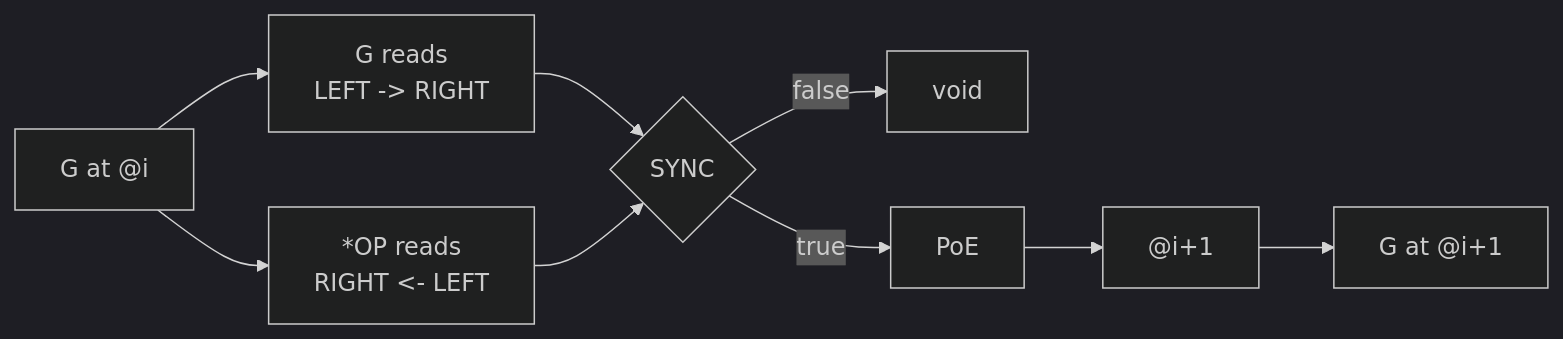
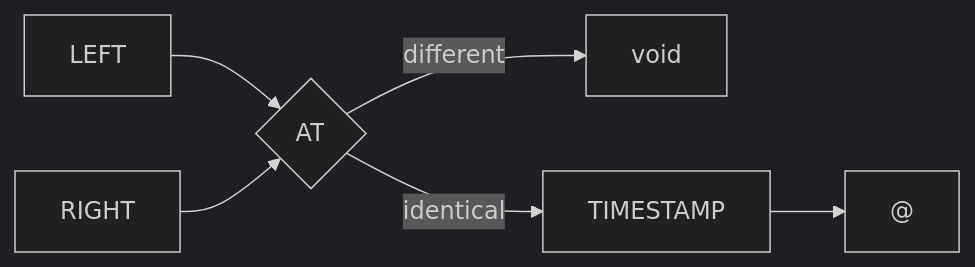
Before and after one commit to flipoyo/ComplexGitSync: diagram 11 of 37 in @CGS.md, drawn with Mermaid (dark theme). The commit also changed other lines of this file, not shown here.

````diff
--- a/@CGS.md
+++ b/@CGS.md
@@ -321,25 +315,16 @@
 ```mermaid
 flowchart LR
-    GI["G at @i"]
+    LEFT["LEFT"]
+    RIGHT["RIGHT"]
+    ATOP{"AT"}
+    VOID["void"]
+    TS["TIMESTAMP"]
+    INSTANCE["@"]
 
-    READG["G reads<br/>LEFT -> RIGHT"]
-    READOP["*OP reads<br/>RIGHT <- LEFT"]
+    LEFT --> ATOP
+    RIGHT --> ATOP
 
-    SYNC{"SYNC"}
-    VOID["void"]
-    POE["PoE"]
-    NEXT["@i+1"]
-    GN["G at @i+1"]
-
-    GI --> READG
-    GI --> READOP
-
-    READG --> SYNC
-    READOP --> SYNC
-
-    SYNC -->|"false"| VOID
-    SYNC -->|"true"| POE
-
-    POE --> NEXT
-    NEXT --> GN
+    ATOP -->|"different"| VOID
+    ATOP -->|"identical"| TS
+    TS --> INSTANCE
 ```
````
